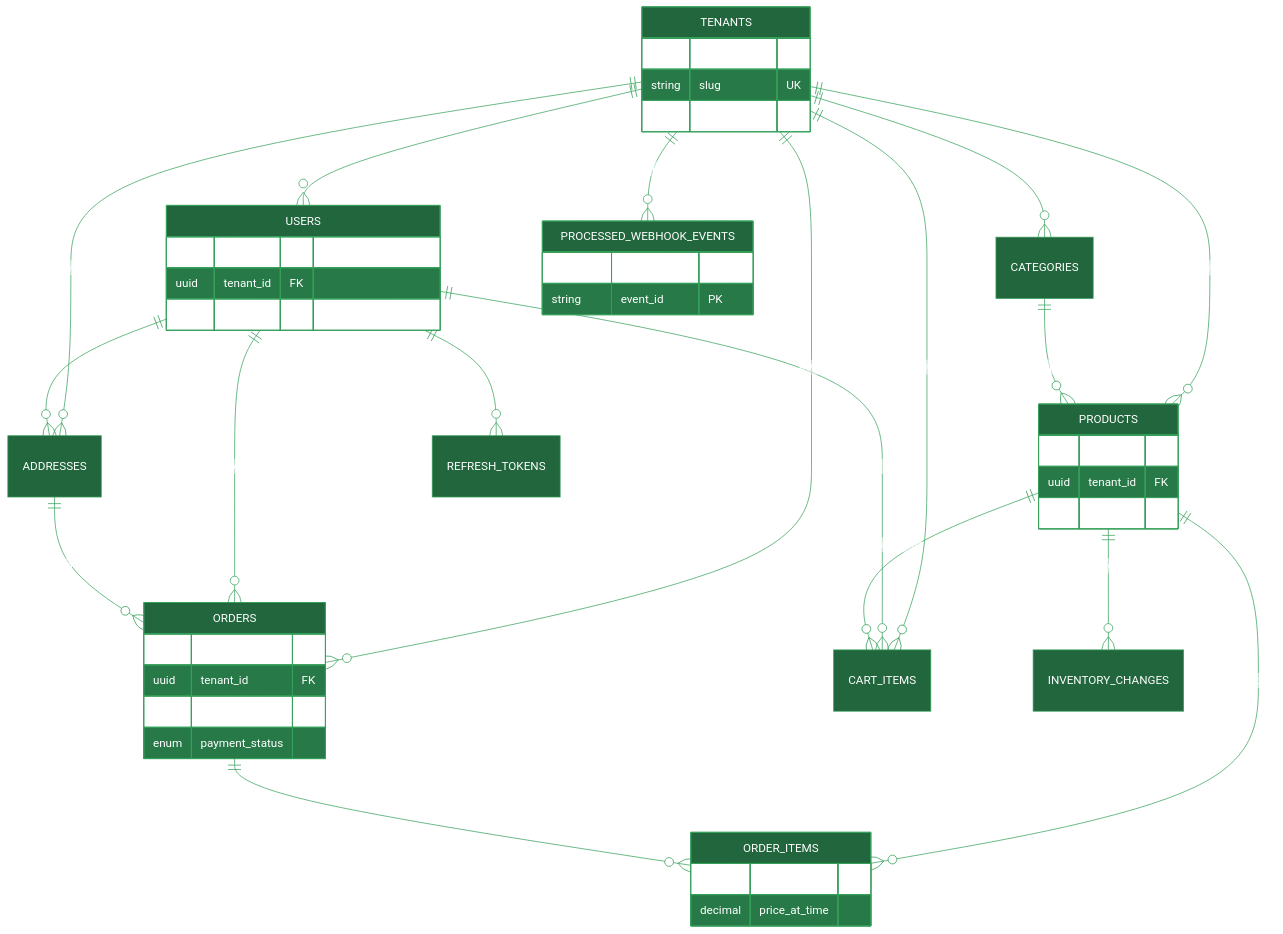
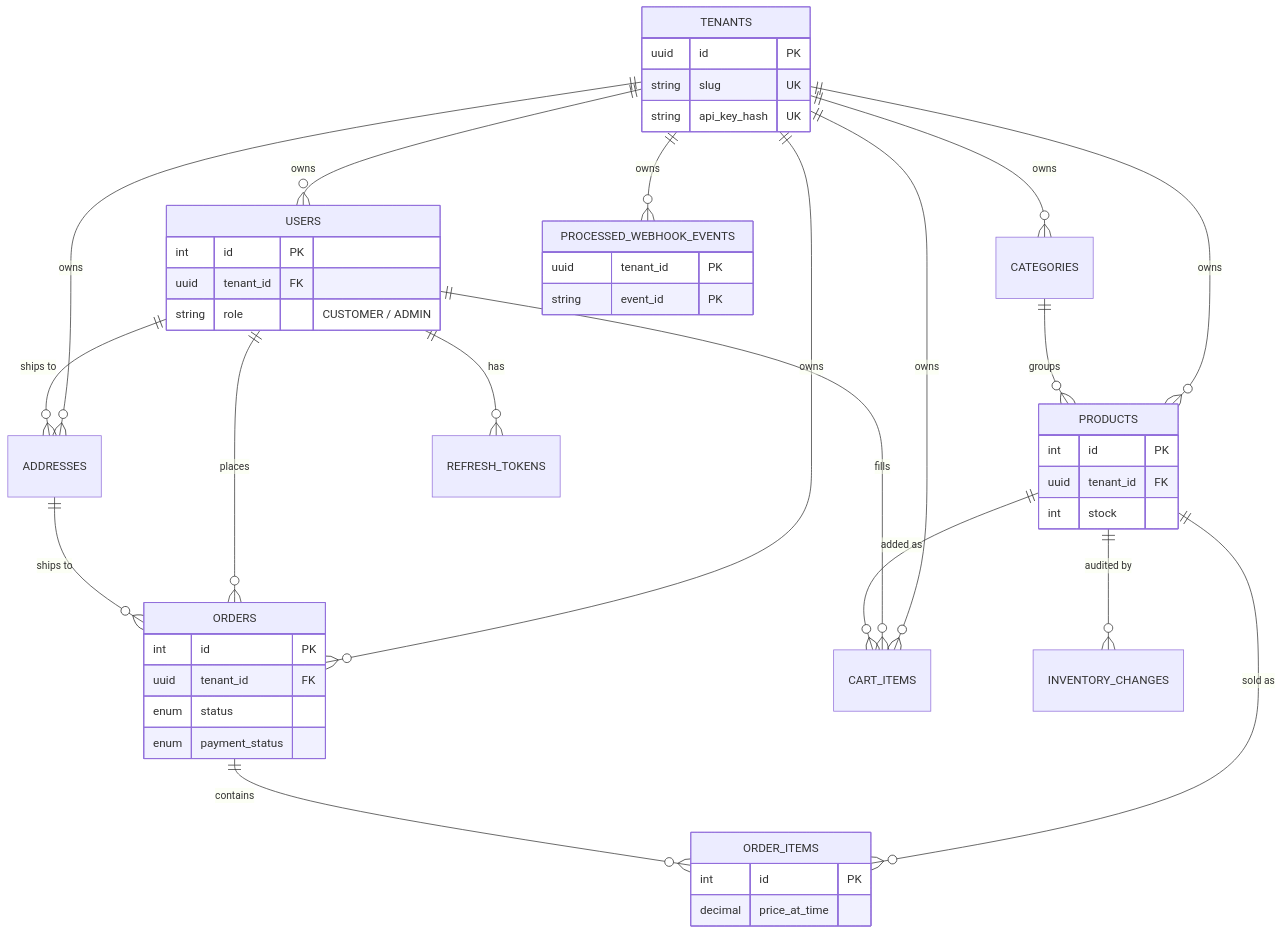
One commit to venixhq/venix changed the fourth of 7 diagrams in README.md. Above: the diagram before and after it, drawn with Mermaid.

````diff
--- a/README.md
+++ b/README.md
@@ -194,51 +194,50 @@
 ```mermaid
-%%{init: {'theme':'base','themeVariables':{'primaryColor':'#22663D','primaryTextColor':'#FFFFFF','primaryBorderColor':'#37A05C','lineColor':'#37A05C','textColor':'#24292F','tertiaryColor':'#FFFFFF','attributeBackgroundColorOdd':'#2E7D46','attributeBackgroundColorEven':'#26384A','fontFamily':'ui-sans-serif, system-ui, sans-serif'}}}%%
 erDiagram
     TENANTS ||--o{ USERS : owns
     TENANTS ||--o{ CATEGORIES : owns
     TENANTS ||--o{ PRODUCTS : owns
     TENANTS ||--o{ ORDERS : owns
     TENANTS ||--o{ CART_ITEMS : owns
     TENANTS ||--o{ ADDRESSES : owns
     TENANTS ||--o{ PROCESSED_WEBHOOK_EVENTS : owns
     USERS ||--o{ REFRESH_TOKENS : "has"
     USERS ||--o{ ADDRESSES : "ships to"
     USERS ||--o{ CART_ITEMS : fills
     USERS ||--o{ ORDERS : places
     CATEGORIES ||--o{ PRODUCTS : groups
     PRODUCTS ||--o{ CART_ITEMS : "added as"
     PRODUCTS ||--o{ ORDER_ITEMS : "sold as"
     PRODUCTS ||--o{ INVENTORY_CHANGES : "audited by"
     ADDRESSES ||--o{ ORDERS : "ships to"
     ORDERS ||--o{ ORDER_ITEMS : contains
 
     TENANTS {
         uuid id PK
         string slug UK
         string api_key_hash UK
     }
     USERS {
         int id PK
         uuid tenant_id FK
         string role "CUSTOMER / ADMIN"
     }
     PRODUCTS {
         int id PK
         uuid tenant_id FK
         int stock
     }
     ORDERS {
         int id PK
         uuid tenant_id FK
         enum status
         enum payment_status
     }
     ORDER_ITEMS {
         int id PK
         decimal price_at_time
     }
     PROCESSED_WEBHOOK_EVENTS {
         uuid tenant_id PK
         string event_id PK
     }
 ```
````
